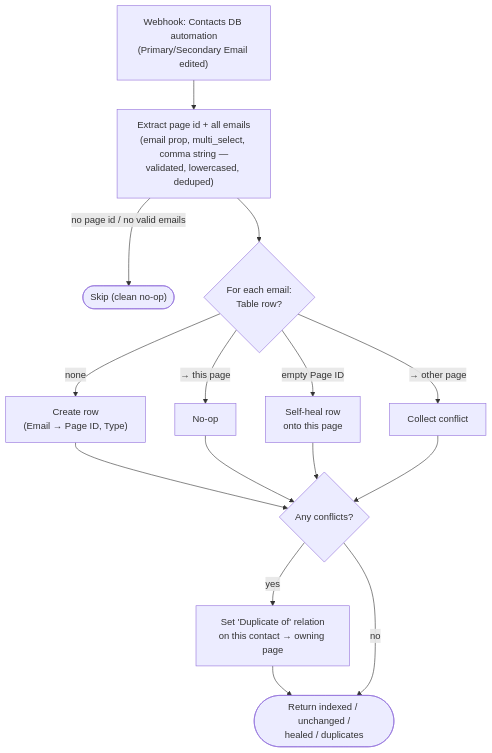
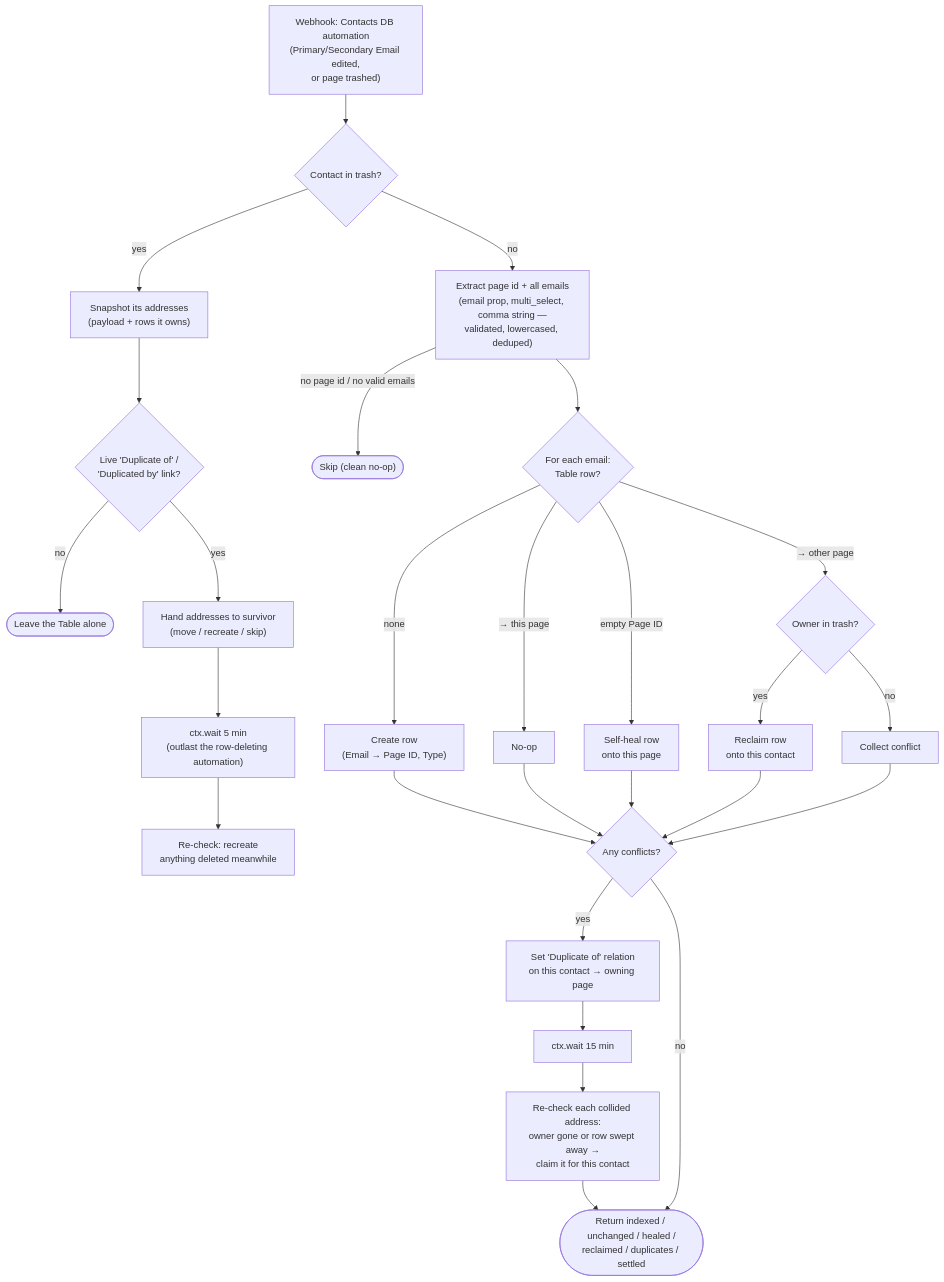
The diagram in contact-emails-to-zapier-table/README.md (work-flowers/zapier-sdk), drawn with Mermaid before and after one commit. The commit also changed other lines of this file and 3 other files, not shown here.

````diff
--- a/contact-emails-to-zapier-table/README.md
+++ b/contact-emails-to-zapier-table/README.md
@@ -34,16 +46,29 @@
 ```mermaid
 flowchart TD
-    A["Webhook: Contacts DB automation<br/>(Primary/Secondary Email edited)"] --> B["Extract page id + all emails<br/>(email prop, multi_select, comma string —<br/>validated, lowercased, deduped)"]
+    A["Webhook: Contacts DB automation<br/>(Primary/Secondary Email edited,<br/>or page trashed)"] --> T{"Contact in trash?"}
+    T -- yes --> M1["Snapshot its addresses<br/>(payload + rows it owns)"]
+    M1 --> M2{"Live 'Duplicate of' /<br/>'Duplicated by' link?"}
+    M2 -- no --> MS(["Leave the Table alone"])
+    M2 -- yes --> M3["Hand addresses to survivor<br/>(move / recreate / skip)"]
+    M3 --> M4["ctx.wait 5 min<br/>(outlast the row-deleting automation)"]
+    M4 --> M5["Re-check: recreate<br/>anything deleted meanwhile"]
+    T -- no --> B["Extract page id + all emails<br/>(email prop, multi_select, comma string —<br/>validated, lowercased, deduped)"]
     B -- "no page id / no valid emails" --> S(["Skip (clean no-op)"])
     B --> C{"For each email:<br/>Table row?"}
     C -- none --> D["Create row<br/>(Email → Page ID, Type)"]
     C -- "→ this page" --> E["No-op"]
     C -- "empty Page ID" --> F["Self-heal row<br/>onto this page"]
-    C -- "→ other page" --> G["Collect conflict"]
+    C -- "→ other page" --> O{"Owner in trash?"}
+    O -- yes --> R["Reclaim row<br/>onto this contact"]
+    O -- no --> G["Collect conflict"]
     D --> H
     E --> H
     F --> H
+    R --> H
     G --> H{"Any conflicts?"}
-    H -- yes --> I["Set 'Duplicate of' relation<br/>on this contact → owning page"] --> J
-    H -- no --> J(["Return indexed / unchanged /<br/>healed / duplicates"])
+    H -- yes --> I["Set 'Duplicate of' relation<br/>on this contact → owning page"]
+    I --> K["ctx.wait 15 min"]
+    K --> L["Re-check each collided address:<br/>owner gone or row swept away →<br/>claim it for this contact"]
+    L --> J
+    H -- no --> J(["Return indexed / unchanged / healed /<br/>reclaimed / duplicates / settled"])
 ```
````
